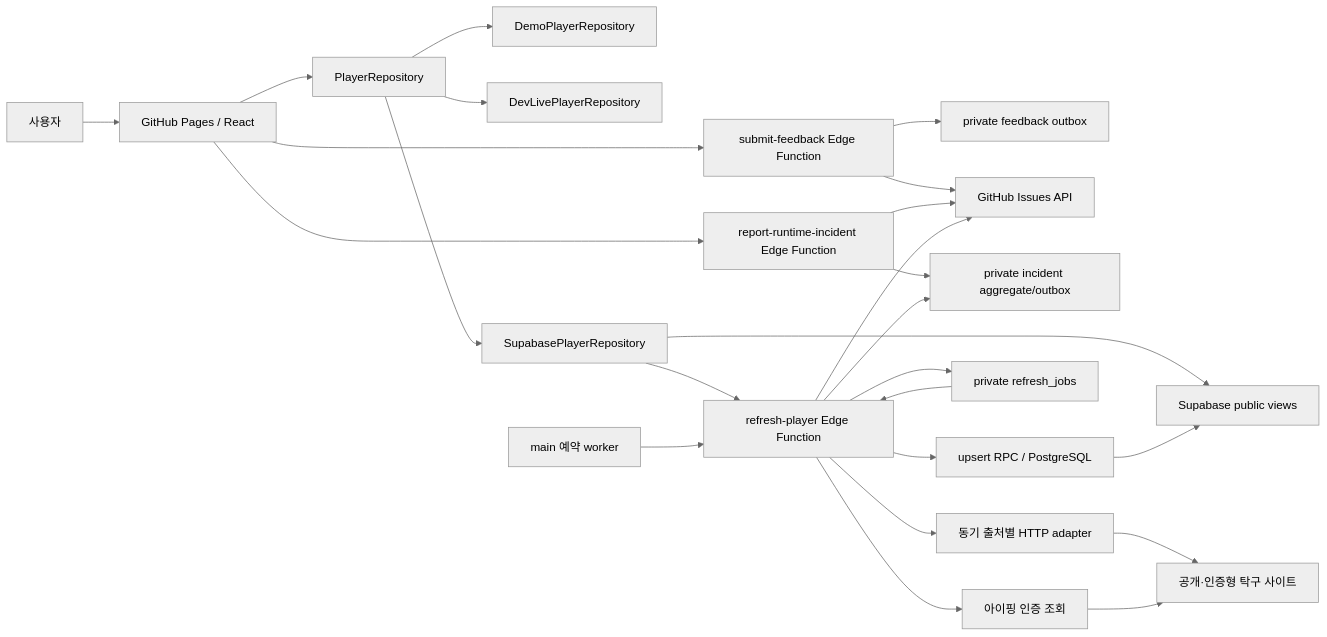
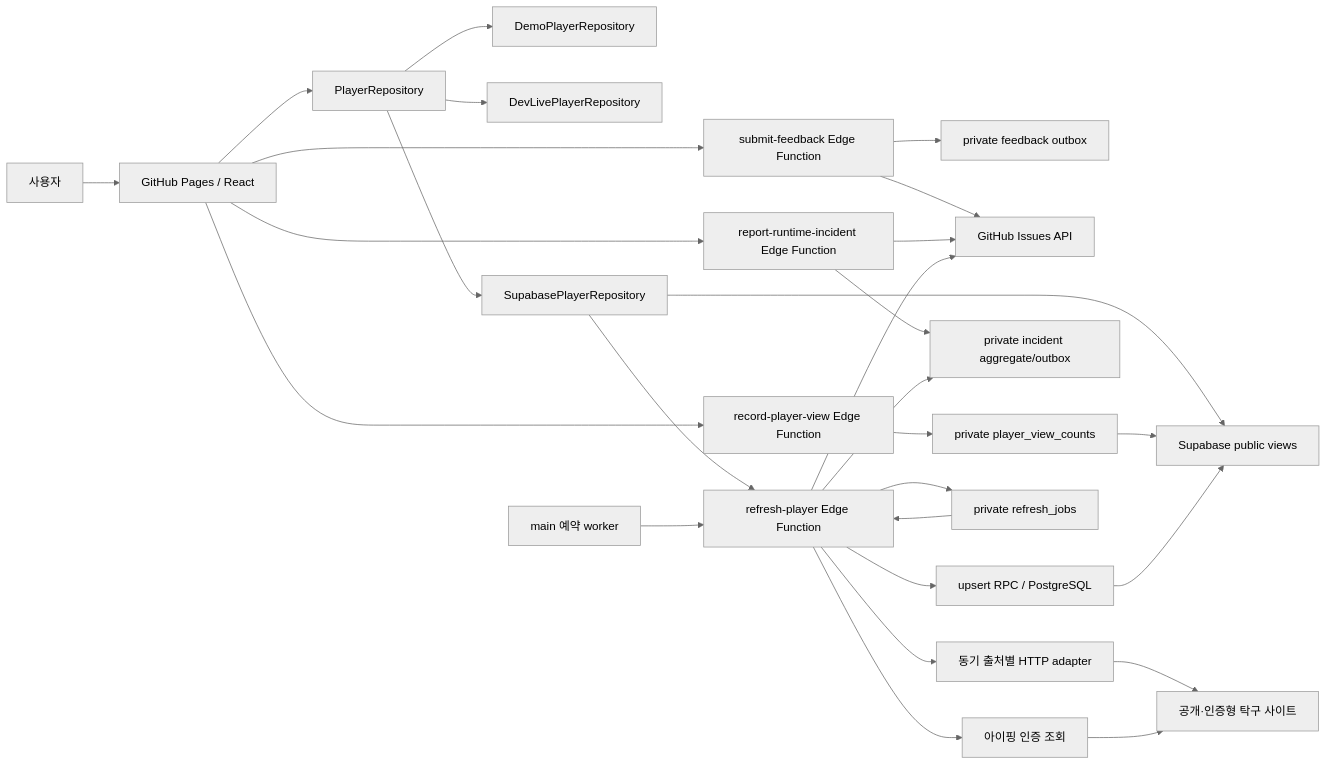
The diagram in docs/architecture.md (iamdenny/pingpong-busu), drawn with Mermaid (neutral theme) before and after one commit. The commit also changed other lines of this file and 30 other files, not shown here.

````diff
--- a/docs/architecture.md
+++ b/docs/architecture.md
@@ -17,27 +17,30 @@
 ```mermaid
 flowchart LR
   U["사용자"] --> W["GitHub Pages / React"]
   W --> R["PlayerRepository"]
   R --> D["DemoPlayerRepository"]
   R --> L["DevLivePlayerRepository"]
   R --> S["SupabasePlayerRepository"]
   S --> V["Supabase public views"]
   S --> E["refresh-player Edge Function"]
   W --> F["submit-feedback Edge Function"]
   F --> O["private feedback outbox"]
   F --> G["GitHub Issues API"]
   W --> I["report-runtime-incident Edge Function"]
+  W --> PV["record-player-view Edge Function"]
+  PV --> PC["private player_view_counts"]
+  PC --> V
   I --> Q["private incident aggregate/outbox"]
   I --> G
   E --> Q
   E --> G
   E --> A["동기 출처별 HTTP adapter"]
   A --> X["공개·인증형 탁구 사이트"]
   E --> J["private refresh_jobs"]
   C["main 예약 worker"] --> E
   J --> E
   E --> IX["아이핑 인증 조회"]
   IX --> X
   E --> P["upsert RPC / PostgreSQL"]
   P --> V
 ```
````
